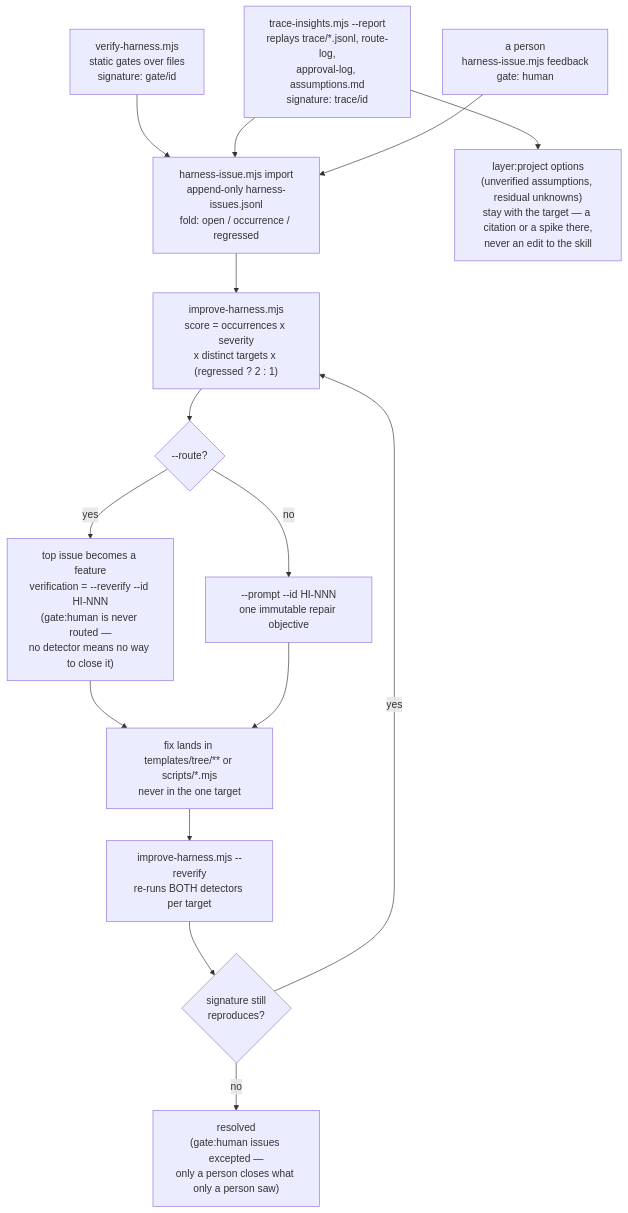
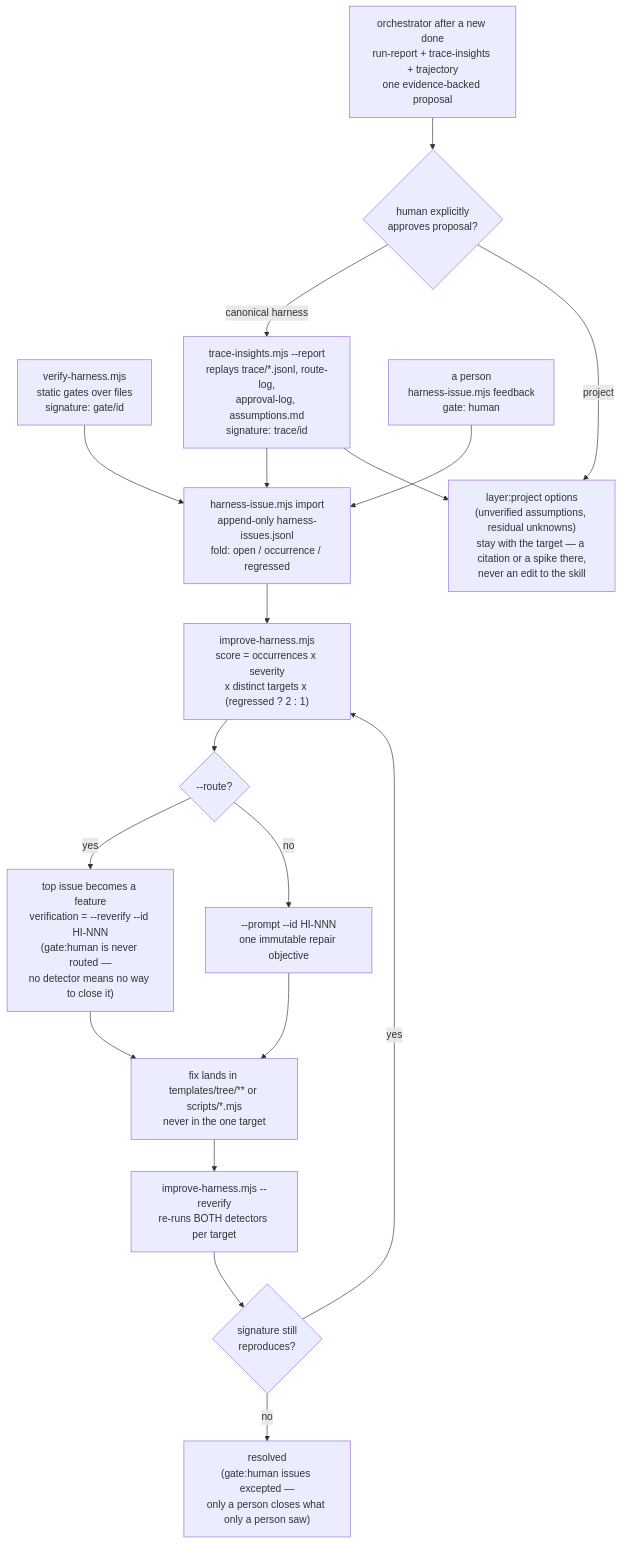
Before and after one commit to truonghedspi/harness: the first of 2 diagrams in harness-loop/references/workflow-improvement.md, drawn with Mermaid. The commit also changed other lines of this file and 110 other files, not shown here.

````diff
--- a/harness-loop/references/workflow-improvement.md
+++ b/harness-loop/references/workflow-improvement.md
@@ -15,17 +15,20 @@
 ```mermaid
 flowchart TD
     V["verify-harness.mjs\nstatic gates over files\nsignature: gate/id"] --> IMP
     TI["trace-insights.mjs --report\nreplays trace/*.jsonl, route-log,\napproval-log, assumptions.md\nsignature: trace/id"] --> IMP
+    RETRO["orchestrator after a new done\nrun-report + trace-insights + trajectory\none evidence-backed proposal"] --> APPROVE{"human explicitly\napproves proposal?"}
+    APPROVE -- canonical harness --> TI
+    APPROVE -- project --> PJU
     HU["a person\nharness-issue.mjs feedback\ngate: human"] --> IMP["harness-issue.mjs import\nappend-only harness-issues.jsonl\nfold: open / occurrence / regressed"]
     TI --> PJU["layer:project options\n(unverified assumptions, residual unknowns)\nstay with the target — a citation or a spike there,\nnever an edit to the skill"]
     IMP --> RANK["improve-harness.mjs\nscore = occurrences x severity\nx distinct targets x (regressed ? 2 : 1)"]
     RANK --> ROUTE{"--route?"}
     ROUTE -- yes --> FEAT["top issue becomes a feature\nverification = --reverify --id HI-NNN\n(gate:human is never routed —\nno detector means no way to close it)"]
     ROUTE -- no --> PR["--prompt --id HI-NNN\none immutable repair objective"]
     FEAT --> FIX
     PR --> FIX["fix lands in templates/tree/** or scripts/*.mjs\nnever in the one target"]
     FIX --> RV["improve-harness.mjs --reverify\nre-runs BOTH detectors per target"]
     RV --> GONE{"signature still\nreproduces?"}
     GONE -- yes --> RANK
     GONE -- no --> RES["resolved\n(gate:human issues excepted —\nonly a person closes what only a person saw)"]
 ```
````
